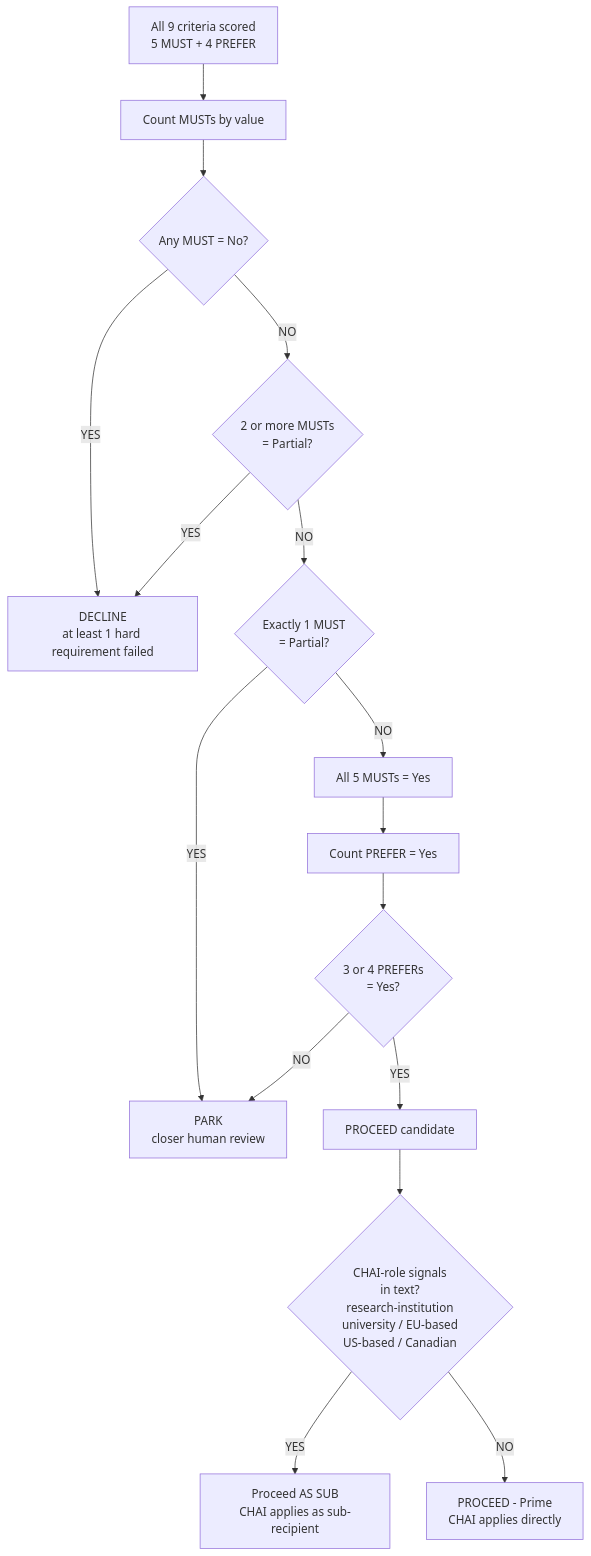
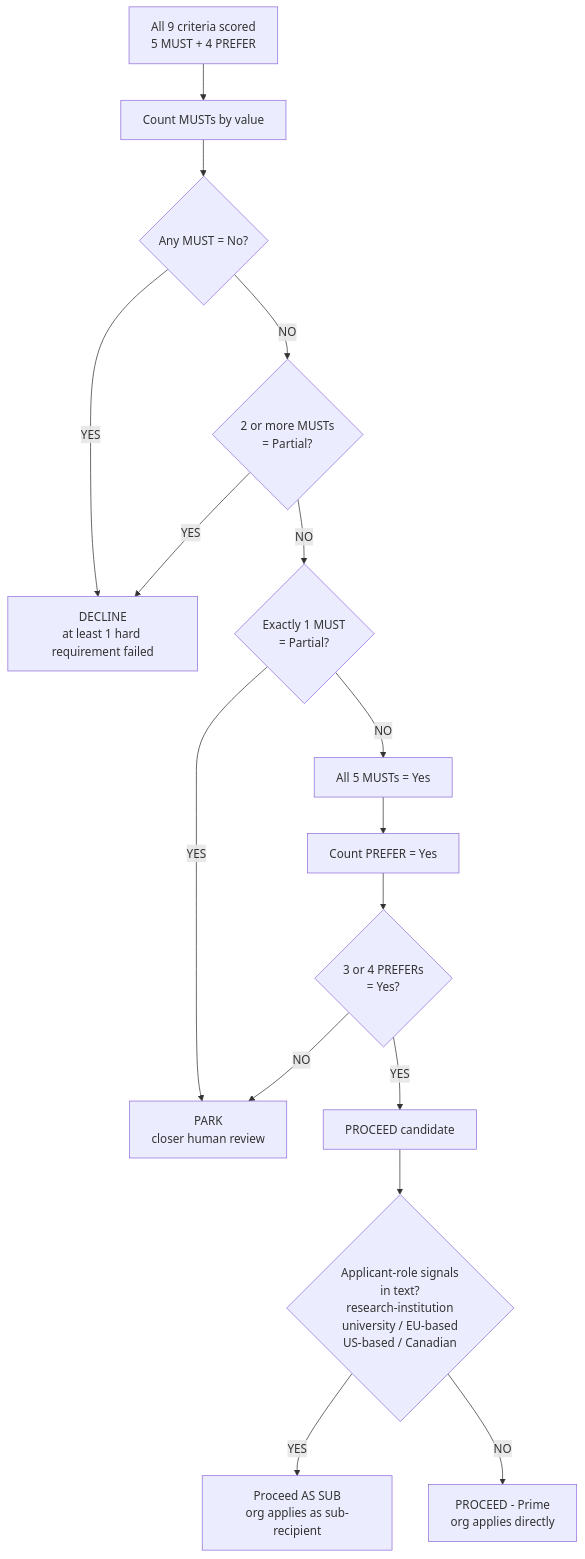
One commit to bensah/rfp-intelligence-system changed the fourth of 5 diagrams in docs/SCAN_PIPELINE.md. Above: the diagram before and after it, drawn with Mermaid. The commit also changed other lines of this file and 21 other files, not shown here.

````diff
--- a/docs/SCAN_PIPELINE.md
+++ b/docs/SCAN_PIPELINE.md
@@ -121,18 +121,18 @@
 ```mermaid
 flowchart TD
     A["All 9 criteria scored<br/>5 MUST + 4 PREFER"] --> B["Count MUSTs by value"]
     B --> C{"Any MUST = No?"}
     C -->|YES| D["DECLINE<br/>at least 1 hard requirement failed"]
     C -->|NO| E{"2 or more MUSTs<br/>= Partial?"}
     E -->|YES| D
     E -->|NO| F{"Exactly 1 MUST<br/>= Partial?"}
     F -->|YES| G["PARK<br/>closer human review"]
     F -->|NO| H["All 5 MUSTs = Yes"]
     H --> I["Count PREFER = Yes"]
     I --> J{"3 or 4 PREFERs<br/>= Yes?"}
     J -->|YES| K["PROCEED candidate"]
     J -->|NO| G
-    K --> L{"CHAI-role signals<br/>in text?<br/>research-institution<br/>university / EU-based<br/>US-based / Canadian"}
-    L -->|YES| M["Proceed AS SUB<br/>CHAI applies as sub-recipient"]
-    L -->|NO| N["PROCEED - Prime<br/>CHAI applies directly"]
+    K --> L{"Applicant-role signals<br/>in text?<br/>research-institution<br/>university / EU-based<br/>US-based / Canadian"}
+    L -->|YES| M["Proceed AS SUB<br/>org applies as sub-recipient"]
+    L -->|NO| N["PROCEED - Prime<br/>org applies directly"]
 ```
````
